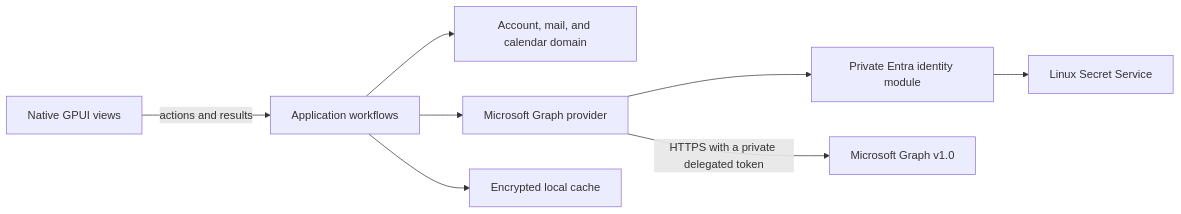
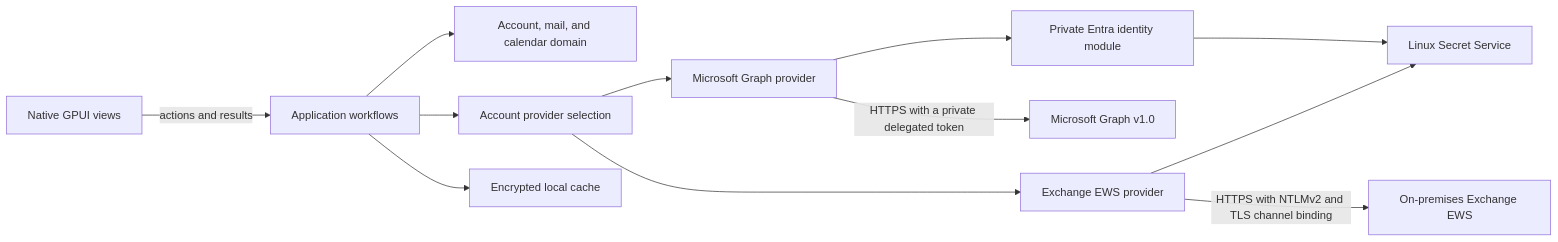
One commit to 1fach/einfach-mail changed the diagram in docs/architecture/system.md. Above: the diagram before and after it, drawn with Mermaid. The commit also changed other lines of this file and 52 other files, not shown here.

Commit message:
feat: add Linux read-only Exchange EWS support (#260)

````diff
--- a/docs/architecture/system.md
+++ b/docs/architecture/system.md
@@ -7,10 +7,14 @@
 ```mermaid
 flowchart LR
     View[Native GPUI views] -->|actions and results| App[Application workflows]
     App --> Domain[Account, mail, and calendar domain]
-    App --> Graph[Microsoft Graph provider]
+    App --> Router[Account provider selection]
+    Router --> Graph[Microsoft Graph provider]
+    Router --> Ews[Exchange EWS provider]
     App --> Store[Encrypted local cache]
     Graph --> Identity[Private Entra identity module]
     Identity --> Vault[Linux Secret Service]
+    Ews --> Vault
     Graph -->|HTTPS with a private delegated token| MS[Microsoft Graph v1.0]
+    Ews -->|HTTPS with NTLMv2 and TLS channel binding| Exchange[On-premises Exchange EWS]
 ```
````
